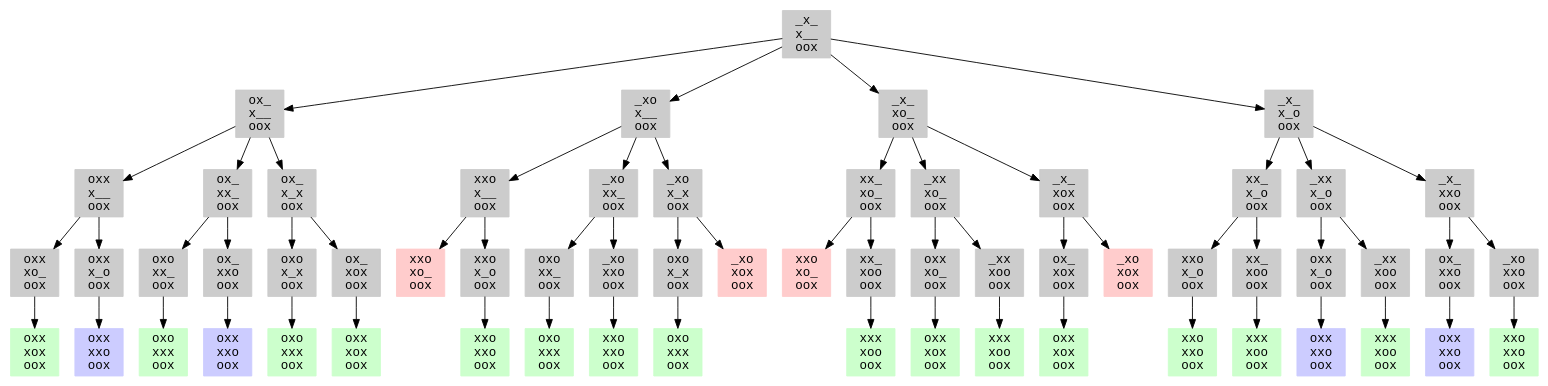
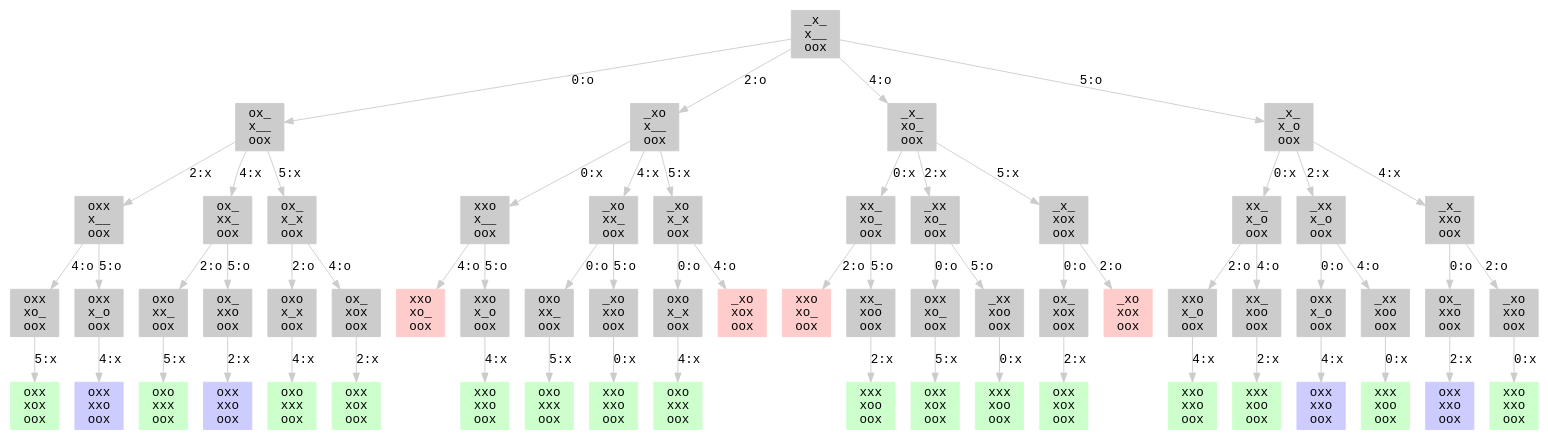
Before and after one commit to labepi/class-ai: the diagram in reinforcement/data/tictactoe/sample.dot, drawn with Graphviz. The commit also changed 2 other files, not shown here.

```diff
--- a/reinforcement/data/tictactoe/sample.dot
+++ b/reinforcement/data/tictactoe/sample.dot
@@ -1,126 +1,126 @@
 digraph {
-fontname="Monospace"
-node [shape=box,fontname="Monospace",style=filled]
-
-1 [label="_x_\nx__\noox",                   color="#cccccc"]
-2 [label="ox_\nx__\noox",                   color="#cccccc"]
-3 [label="oxx\nx__\noox",                   color="#cccccc"]
-4 [label="oxx\nxo_\noox",                   color="#cccccc"]
-5 [label="oxx\nxox\noox",                   color="#ccffcc"]
-6 [label="oxx\nx_o\noox",                   color="#cccccc"]
-7 [label="oxx\nxxo\noox",                   color="#ccccff"]
-8 [label="ox_\nxx_\noox",                   color="#cccccc"]
-9 [label="oxo\nxx_\noox",                   color="#cccccc"]
-10 [label="oxo\nxxx\noox",                   color="#ccffcc"]
-11 [label="ox_\nxxo\noox",                   color="#cccccc"]
-12 [label="oxx\nxxo\noox",                   color="#ccccff"]
-13 [label="ox_\nx_x\noox",                   color="#cccccc"]
-14 [label="oxo\nx_x\noox",                   color="#cccccc"]
-15 [label="oxo\nxxx\noox",                   color="#ccffcc"]
-16 [label="ox_\nxox\noox",                   color="#cccccc"]
-17 [label="oxx\nxox\noox",                   color="#ccffcc"]
-18 [label="_xo\nx__\noox",                   color="#cccccc"]
-19 [label="xxo\nx__\noox",                   color="#cccccc"]
-20 [label="xxo\nxo_\noox",                   color="#ffcccc"]
-21 [label="xxo\nx_o\noox",                   color="#cccccc"]
-22 [label="xxo\nxxo\noox",                   color="#ccffcc"]
-23 [label="_xo\nxx_\noox",                   color="#cccccc"]
-24 [label="oxo\nxx_\noox",                   color="#cccccc"]
-25 [label="oxo\nxxx\noox",                   color="#ccffcc"]
-26 [label="_xo\nxxo\noox",                   color="#cccccc"]
-27 [label="xxo\nxxo\noox",                   color="#ccffcc"]
-28 [label="_xo\nx_x\noox",                   color="#cccccc"]
-29 [label="oxo\nx_x\noox",                   color="#cccccc"]
-30 [label="oxo\nxxx\noox",                   color="#ccffcc"]
-31 [label="_xo\nxox\noox",                   color="#ffcccc"]
-32 [label="_x_\nxo_\noox",                   color="#cccccc"]
-33 [label="xx_\nxo_\noox",                   color="#cccccc"]
-34 [label="xxo\nxo_\noox",                   color="#ffcccc"]
-35 [label="xx_\nxoo\noox",                   color="#cccccc"]
-36 [label="xxx\nxoo\noox",                   color="#ccffcc"]
-37 [label="_xx\nxo_\noox",                   color="#cccccc"]
-38 [label="oxx\nxo_\noox",                   color="#cccccc"]
-39 [label="oxx\nxox\noox",                   color="#ccffcc"]
-40 [label="_xx\nxoo\noox",                   color="#cccccc"]
-41 [label="xxx\nxoo\noox",                   color="#ccffcc"]
-42 [label="_x_\nxox\noox",                   color="#cccccc"]
-43 [label="ox_\nxox\noox",                   color="#cccccc"]
-44 [label="oxx\nxox\noox",                   color="#ccffcc"]
-45 [label="_xo\nxox\noox",                   color="#ffcccc"]
-46 [label="_x_\nx_o\noox",                   color="#cccccc"]
-47 [label="xx_\nx_o\noox",                   color="#cccccc"]
-48 [label="xxo\nx_o\noox",                   color="#cccccc"]
-49 [label="xxo\nxxo\noox",                   color="#ccffcc"]
-50 [label="xx_\nxoo\noox",                   color="#cccccc"]
-51 [label="xxx\nxoo\noox",                   color="#ccffcc"]
-52 [label="_xx\nx_o\noox",                   color="#cccccc"]
-53 [label="oxx\nx_o\noox",                   color="#cccccc"]
-54 [label="oxx\nxxo\noox",                   color="#ccccff"]
-55 [label="_xx\nxoo\noox",                   color="#cccccc"]
-56 [label="xxx\nxoo\noox",                   color="#ccffcc"]
-57 [label="_x_\nxxo\noox",                   color="#cccccc"]
-58 [label="ox_\nxxo\noox",                   color="#cccccc"]
-59 [label="oxx\nxxo\noox",                   color="#ccccff"]
-60 [label="_xo\nxxo\noox",                   color="#cccccc"]
-61 [label="xxo\nxxo\noox",                   color="#ccffcc"]
-1 -> 2
-1 -> 18
-1 -> 32
-1 -> 46
-2 -> 3
-2 -> 8
-2 -> 13
-3 -> 4
-3 -> 6
-4 -> 5
-6 -> 7
-8 -> 9
-8 -> 11
-9 -> 10
-11 -> 12
-13 -> 14
-13 -> 16
-14 -> 15
-16 -> 17
-18 -> 19
-18 -> 23
-18 -> 28
-19 -> 20
-19 -> 21
-21 -> 22
-23 -> 24
-23 -> 26
-24 -> 25
-26 -> 27
-28 -> 29
-28 -> 31
-29 -> 30
-32 -> 33
-32 -> 37
-32 -> 42
-33 -> 34
-33 -> 35
-35 -> 36
-37 -> 38
-37 -> 40
-38 -> 39
-40 -> 41
-42 -> 43
-42 -> 45
-43 -> 44
-46 -> 47
-46 -> 52
-46 -> 57
-47 -> 48
-47 -> 50
-48 -> 49
-50 -> 51
-52 -> 53
-52 -> 55
-53 -> 54
-55 -> 56
-57 -> 58
-57 -> 60
-58 -> 59
-60 -> 61
+  fontname="Monospace"
+  node [shape=box,fontname="Monospace",style=filled]
+  edge [fontname="Monospace",color="#cccccc"]
+  1 [label="_x_\nx__\noox",color="#cccccc"]
+  2 [label="ox_\nx__\noox",color="#cccccc"]
+  3 [label="oxx\nx__\noox",color="#cccccc"]
+  4 [label="oxx\nxo_\noox",color="#cccccc"]
+  5 [label="oxx\nxox\noox",color="#ccffcc"]
+  6 [label="oxx\nx_o\noox",color="#cccccc"]
+  7 [label="oxx\nxxo\noox",color="#ccccff"]
+  8 [label="ox_\nxx_\noox",color="#cccccc"]
+  9 [label="oxo\nxx_\noox",color="#cccccc"]
+  10 [label="oxo\nxxx\noox",color="#ccffcc"]
+  11 [label="ox_\nxxo\noox",color="#cccccc"]
+  12 [label="oxx\nxxo\noox",color="#ccccff"]
+  13 [label="ox_\nx_x\noox",color="#cccccc"]
+  14 [label="oxo\nx_x\noox",color="#cccccc"]
+  15 [label="oxo\nxxx\noox",color="#ccffcc"]
+  16 [label="ox_\nxox\noox",color="#cccccc"]
+  17 [label="oxx\nxox\noox",color="#ccffcc"]
+  18 [label="_xo\nx__\noox",color="#cccccc"]
+  19 [label="xxo\nx__\noox",color="#cccccc"]
+  20 [label="xxo\nxo_\noox",color="#ffcccc"]
+  21 [label="xxo\nx_o\noox",color="#cccccc"]
+  22 [label="xxo\nxxo\noox",color="#ccffcc"]
+  23 [label="_xo\nxx_\noox",color="#cccccc"]
+  24 [label="oxo\nxx_\noox",color="#cccccc"]
+  25 [label="oxo\nxxx\noox",color="#ccffcc"]
+  26 [label="_xo\nxxo\noox",color="#cccccc"]
+  27 [label="xxo\nxxo\noox",color="#ccffcc"]
+  28 [label="_xo\nx_x\noox",color="#cccccc"]
+  29 [label="oxo\nx_x\noox",color="#cccccc"]
+  30 [label="oxo\nxxx\noox",color="#ccffcc"]
+  31 [label="_xo\nxox\noox",color="#ffcccc"]
+  32 [label="_x_\nxo_\noox",color="#cccccc"]
+  33 [label="xx_\nxo_\noox",color="#cccccc"]
+  34 [label="xxo\nxo_\noox",color="#ffcccc"]
+  35 [label="xx_\nxoo\noox",color="#cccccc"]
+  36 [label="xxx\nxoo\noox",color="#ccffcc"]
+  37 [label="_xx\nxo_\noox",color="#cccccc"]
+  38 [label="oxx\nxo_\noox",color="#cccccc"]
+  39 [label="oxx\nxox\noox",color="#ccffcc"]
+  40 [label="_xx\nxoo\noox",color="#cccccc"]
+  41 [label="xxx\nxoo\noox",color="#ccffcc"]
+  42 [label="_x_\nxox\noox",color="#cccccc"]
+  43 [label="ox_\nxox\noox",color="#cccccc"]
+  44 [label="oxx\nxox\noox",color="#ccffcc"]
+  45 [label="_xo\nxox\noox",color="#ffcccc"]
+  46 [label="_x_\nx_o\noox",color="#cccccc"]
+  47 [label="xx_\nx_o\noox",color="#cccccc"]
+  48 [label="xxo\nx_o\noox",color="#cccccc"]
+  49 [label="xxo\nxxo\noox",color="#ccffcc"]
+  50 [label="xx_\nxoo\noox",color="#cccccc"]
+  51 [label="xxx\nxoo\noox",color="#ccffcc"]
+  52 [label="_xx\nx_o\noox",color="#cccccc"]
+  53 [label="oxx\nx_o\noox",color="#cccccc"]
+  54 [label="oxx\nxxo\noox",color="#ccccff"]
+  55 [label="_xx\nxoo\noox",color="#cccccc"]
+  56 [label="xxx\nxoo\noox",color="#ccffcc"]
+  57 [label="_x_\nxxo\noox",color="#cccccc"]
+  58 [label="ox_\nxxo\noox",color="#cccccc"]
+  59 [label="oxx\nxxo\noox",color="#ccccff"]
+  60 [label="_xo\nxxo\noox",color="#cccccc"]
+  61 [label="xxo\nxxo\noox",color="#ccffcc"]
+  1 -> 2 [label="0:o"]
+  1 -> 18 [label="2:o"]
+  1 -> 32 [label="4:o"]
+  1 -> 46 [label="5:o"]
+  2 -> 3 [label="2:x"]
+  2 -> 8 [label="4:x"]
+  2 -> 13 [label="5:x"]
+  3 -> 4 [label="4:o"]
+  3 -> 6 [label="5:o"]
+  4 -> 5 [label="5:x"]
+  6 -> 7 [label="4:x"]
+  8 -> 9 [label="2:o"]
+  8 -> 11 [label="5:o"]
+  9 -> 10 [label="5:x"]
+  11 -> 12 [label="2:x"]
+  13 -> 14 [label="2:o"]
+  13 -> 16 [label="4:o"]
+  14 -> 15 [label="4:x"]
+  16 -> 17 [label="2:x"]
+  18 -> 19 [label="0:x"]
+  18 -> 23 [label="4:x"]
+  18 -> 28 [label="5:x"]
+  19 -> 20 [label="4:o"]
+  19 -> 21 [label="5:o"]
+  21 -> 22 [label="4:x"]
+  23 -> 24 [label="0:o"]
+  23 -> 26 [label="5:o"]
+  24 -> 25 [label="5:x"]
+  26 -> 27 [label="0:x"]
+  28 -> 29 [label="0:o"]
+  28 -> 31 [label="4:o"]
+  29 -> 30 [label="4:x"]
+  32 -> 33 [label="0:x"]
+  32 -> 37 [label="2:x"]
+  32 -> 42 [label="5:x"]
+  33 -> 34 [label="2:o"]
+  33 -> 35 [label="5:o"]
+  35 -> 36 [label="2:x"]
+  37 -> 38 [label="0:o"]
+  37 -> 40 [label="5:o"]
+  38 -> 39 [label="5:x"]
+  40 -> 41 [label="0:x"]
+  42 -> 43 [label="0:o"]
+  42 -> 45 [label="2:o"]
+  43 -> 44 [label="2:x"]
+  46 -> 47 [label="0:x"]
+  46 -> 52 [label="2:x"]
+  46 -> 57 [label="4:x"]
+  47 -> 48 [label="2:o"]
+  47 -> 50 [label="4:o"]
+  48 -> 49 [label="4:x"]
+  50 -> 51 [label="2:x"]
+  52 -> 53 [label="0:o"]
+  52 -> 55 [label="4:o"]
+  53 -> 54 [label="4:x"]
+  55 -> 56 [label="0:x"]
+  57 -> 58 [label="0:o"]
+  57 -> 60 [label="2:o"]
+  58 -> 59 [label="2:x"]
+  60 -> 61 [label="0:x"]
 }
```
